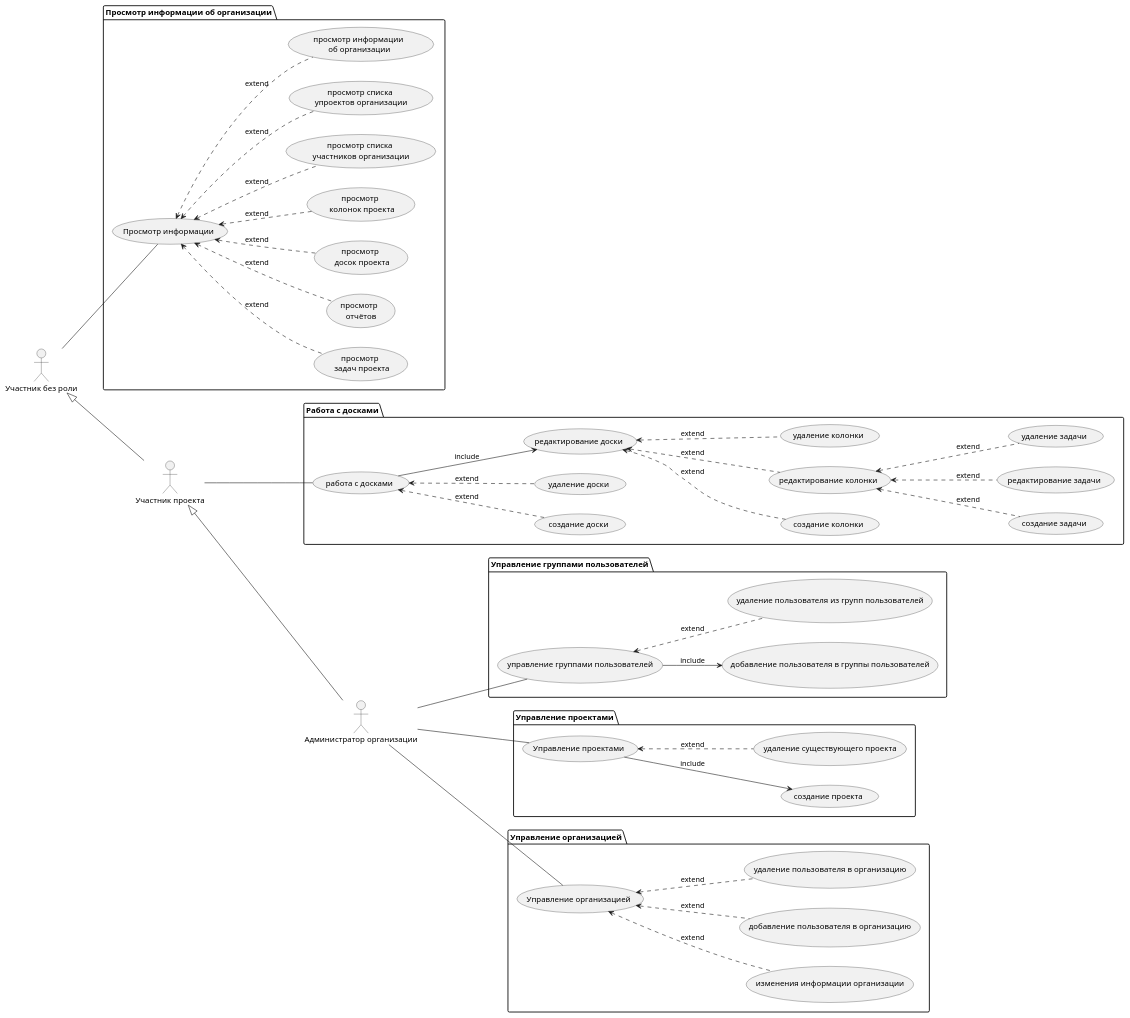
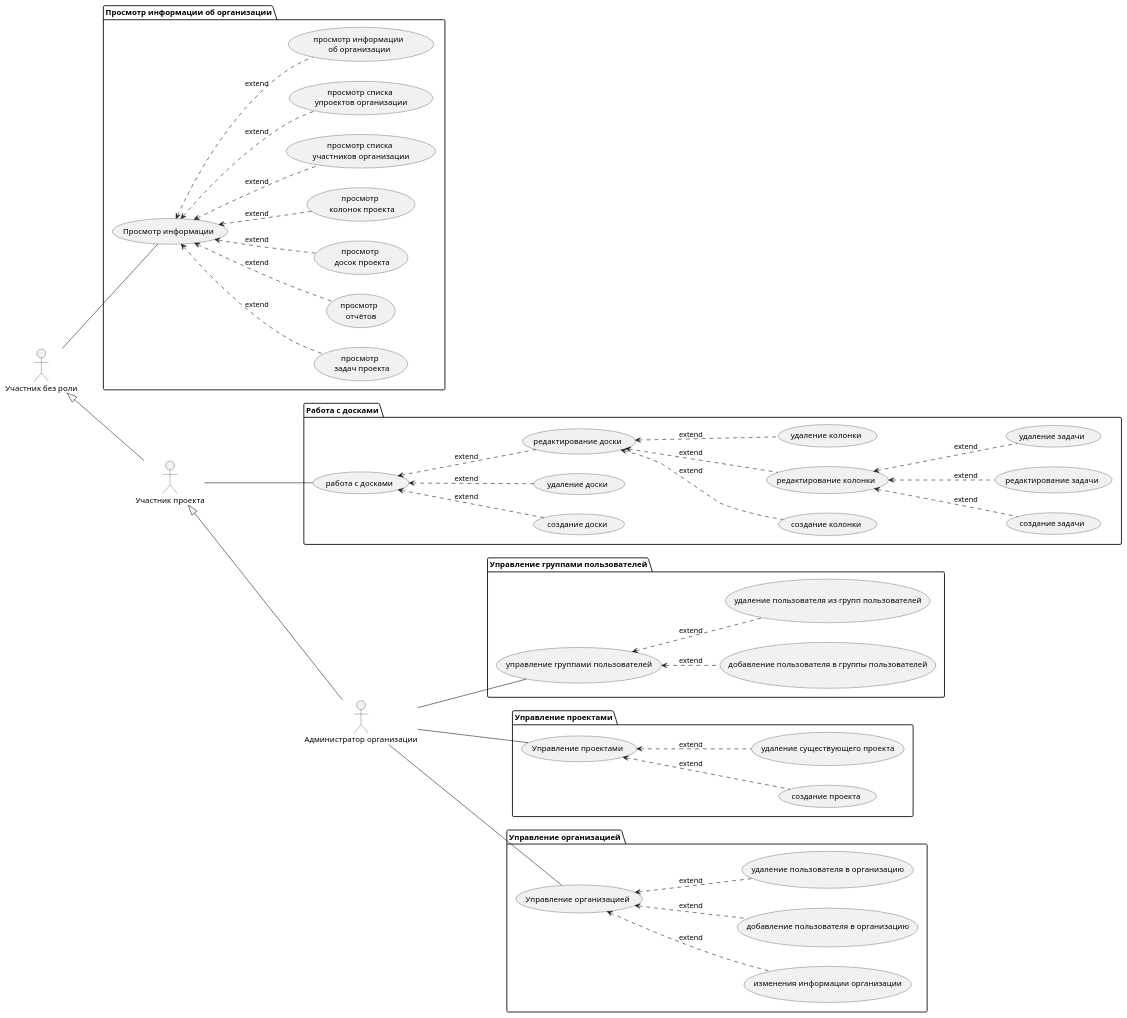
Before and after one commit to HandsAndKeyboards/TFlic: the diagram in doc/diagrams/use case/use case.puml, drawn with PlantUML. The commit also changed 2 other files, not shown here.

Commit message:
заменил include на extend

```diff
--- a/doc/diagrams/use case/use case.puml
+++ b/doc/diagrams/use case/use case.puml
@@ -1,77 +1,77 @@
 @startuml
 left to right direction
     
 '''''''''''''''''''''''''''''''''''''''''''''''''''''''''''''''''''' УЧАСТНИК БЕЗ РОЛИ
 
 :Участник без роли: as noRole
 
 package "Просмотр информации об организации" {
     (Просмотр информации) as watch
         noRole -- watch
         
     watch <.. (просмотр \n задач проекта): extend
     watch <.. (просмотр \n отчётов): extend
     watch <.. (просмотр \n досок проекта): extend
     watch <.. (просмотр \n колонок проекта): extend
     watch <.. (просмотр списка \nучастников организации): extend
     watch <.. (просмотр списка \nупроектов организации): extend
     watch <.. (просмотр информации \nоб организации): extend
 }
 
 '''''''''''''''''''''''''''''''''''''''''''''''''''''''''''''''''''' УЧАСТНИК ПРОЕКТОВ
 
 :Участник проекта: as projectsMember
 projectsMember -u-|> noRole
 
 package "Работа с досками" {
     (работа с досками) as workOnBoards
     projectsMember -- workOnBoards
     
     workOnBoards <.. (создание доски) : extend
     workOnBoards <.. (удаление доски) : extend
     
     (редактирование доски) as boardEdit
-    workOnBoards --> boardEdit : include
+    workOnBoards <.. boardEdit : extend
     
     boardEdit <.. (создание колонки) : extend
     boardEdit <.. (редактирование колонки) : extend
     boardEdit <.. (удаление колонки) : extend
     
     (редактирование колонки) <.. (создание задачи) : extend
     (редактирование колонки) <.. (редактирование задачи) : extend
     (редактирование колонки) <.. (удаление задачи) : extend
 }
 
 '''''''''''''''''''''''''''''''''''''''''''''''''''''''''''''''''''' АДМИНИСТРАТОР ОРГАНИЗАЦИИ
 
 :Администратор организации: as organizationAdmin
 organizationAdmin -u-|> projectsMember
 
 package "Управление группами пользователей" {
     (управление группами пользователей) as userGroupManaging
     organizationAdmin -- userGroupManaging
     
-    userGroupManaging --> (добавление пользователя в группы пользователей) : include
+    userGroupManaging <.. (добавление пользователя в группы пользователей) : extend
     userGroupManaging <.. (удаление пользователя из групп пользователей) : extend   
 }
 
 package "Управление проектами" {
     (Управление проектами) as projectsManaging
     organizationAdmin -- projectsManaging
     
-    projectsManaging --> (создание проекта) : include
+    projectsManaging <.. (создание проекта) : extend
     projectsManaging <.. (удаление существующего проекта) : extend   
 }
 
 package "Управление организацией" {
     (Управление организацией) as orgManaging
     organizationAdmin -- orgManaging
     
     orgManaging <.. (изменения информации организации) : extend
     orgManaging <.. (добавление пользователя в организацию) : extend   
     orgManaging <.. (удаление пользователя в организацию) : extend   
 }
 
 
 
 @enduml
```
